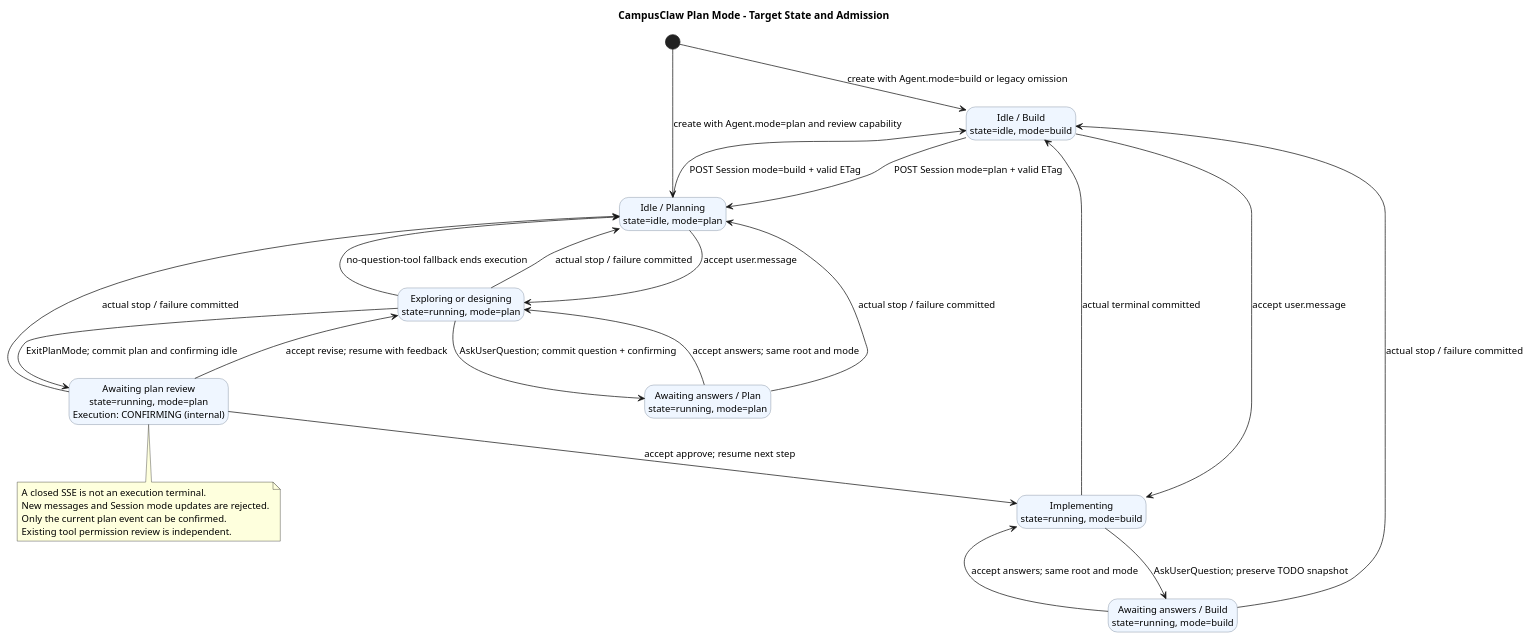
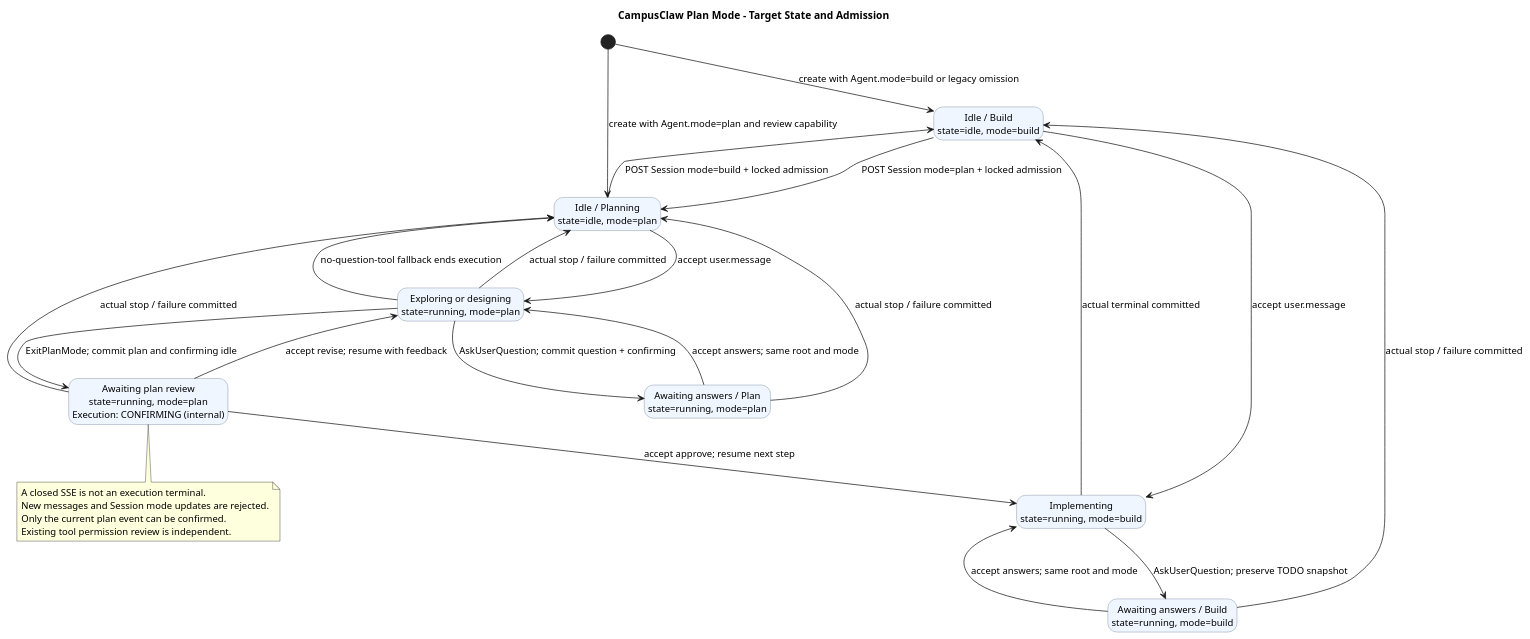
Before and after one commit to ssm0808/pi-mono-java-design: the third of 7 diagrams in 01-总体架构/06-CampusClaw计划模式/diagram.puml, drawn with PlantUML. The commit also changed other lines of this file and 58 other files, not shown here.

```diff
--- a/01-总体架构/06-CampusClaw计划模式/diagram.puml
+++ b/01-总体架构/06-CampusClaw计划模式/diagram.puml
@@ -417,52 +417,52 @@
 @startuml plan_mode_state
 ' Source baseline: pi-mono-java 09b32d8ea4a4b43b34be302d8b2745bdc417c9a2.
 ' Source: modules/coding-agent-cli/src/main/java/com/campusclaw/codingagent/runtimeapi/session/RuntimeSessionState.java :: IDLE, RUNNING.
 ' Source: modules/coding-agent-cli/src/main/java/com/campusclaw/codingagent/runtimeapi/event/RuntimeExecutionCoordinator.java :: timeout, commitAndRelease.
 ' Source: frontend/src/runtime/eventStore.ts :: executionState; historical baseline, current implementation evidence in section 12.
 ' Observed behavior: confirming closes HTTP output without releasing Session admission.
 ' Design reason: review stays in execution state; clients recover from events, without a Session pointer.
 ' Java divergence: manual mode switching is idle-only; approval exits within the original execution.
 title CampusClaw Plan Mode - Target State and Admission
 skinparam backgroundColor #FFFFFF
 skinparam defaultFontName SansSerif
 skinparam defaultFontSize 13
 skinparam shadowing false
 skinparam stateBackgroundColor #EFF6FF
 skinparam stateBorderColor #64748B
 hide empty description
 
 state "Idle / Build\nstate=idle, mode=build" as Normal
 state "Idle / Planning\nstate=idle, mode=plan" as PlanIdle
 state "Exploring or designing\nstate=running, mode=plan" as Planning
 state "Awaiting plan review\nstate=running, mode=plan\nExecution: CONFIRMING (internal)" as Reviewing
 state "Implementing\nstate=running, mode=build" as Implementing
 state "Awaiting answers / Plan\nstate=running, mode=plan" as AskingPlan
 state "Awaiting answers / Build\nstate=running, mode=build" as AskingBuild
 
 [*] --> Normal : create with Agent.mode=build or legacy omission
 [*] --> PlanIdle : create with Agent.mode=plan and review capability
-Normal --> PlanIdle : POST Session mode=plan + valid ETag
-PlanIdle --> Normal : POST Session mode=build + valid ETag
+Normal --> PlanIdle : POST Session mode=plan + locked admission
+PlanIdle --> Normal : POST Session mode=build + locked admission
 PlanIdle --> Planning : accept user.message
 Planning --> AskingPlan : AskUserQuestion; commit question + confirming
 AskingPlan --> Planning : accept answers; same root and mode
 Implementing --> AskingBuild : AskUserQuestion; preserve TODO snapshot
 AskingBuild --> Implementing : accept answers; same root and mode
 AskingPlan --> PlanIdle : actual stop / failure committed
 AskingBuild --> Normal : actual stop / failure committed
 Planning --> PlanIdle : no-question-tool fallback ends execution
 Planning --> Reviewing : ExitPlanMode; commit plan and confirming idle
 Reviewing --> Planning : accept revise; resume with feedback
 Reviewing --> Implementing : accept approve; resume next step
 Normal --> Implementing : accept user.message
 Implementing --> Normal : actual terminal committed
 Planning --> PlanIdle : actual stop / failure committed
 Reviewing --> PlanIdle : actual stop / failure committed
 
 note bottom of Reviewing
   A closed SSE is not an execution terminal.
   New messages and Session mode updates are rejected.
   Only the current plan event can be confirmed.
   Existing tool permission review is independent.
 end note
 @enduml
```
